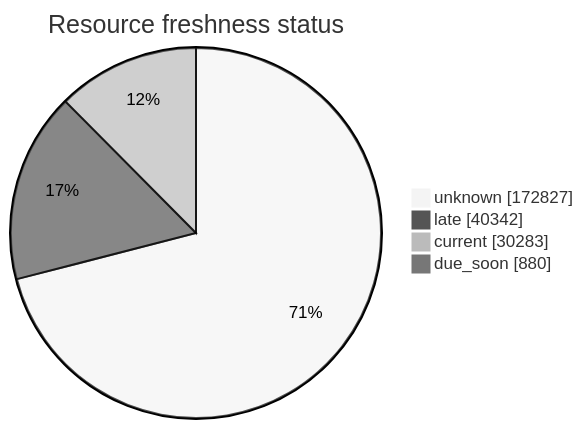
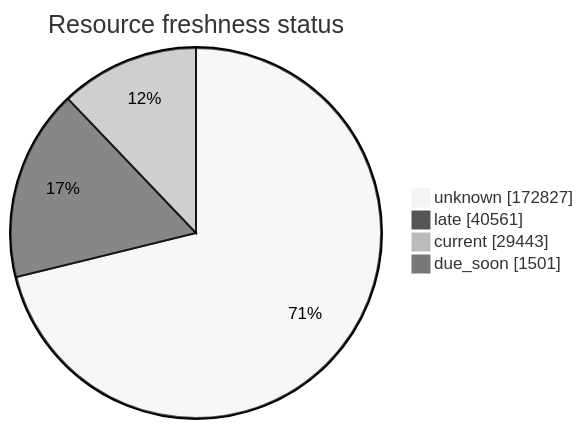
One commit to open-data/analytics-corporate-reporting changed the third of 5 diagrams in FreshCheck/README.md. Above: the diagram before and after it, drawn with Mermaid (neutral theme). The commit also changed other lines of this file and 3 other files, not shown here.

````diff
--- a/FreshCheck/README.md
+++ b/FreshCheck/README.md
@@ -78,7 +78,7 @@
 ```mermaid
 pie showData title Resource freshness status
     "unknown": 172827
-    "late": 40342
-    "current": 30283
-    "due_soon": 880
+    "late": 40561
+    "current": 29443
+    "due_soon": 1501
 ```
````
